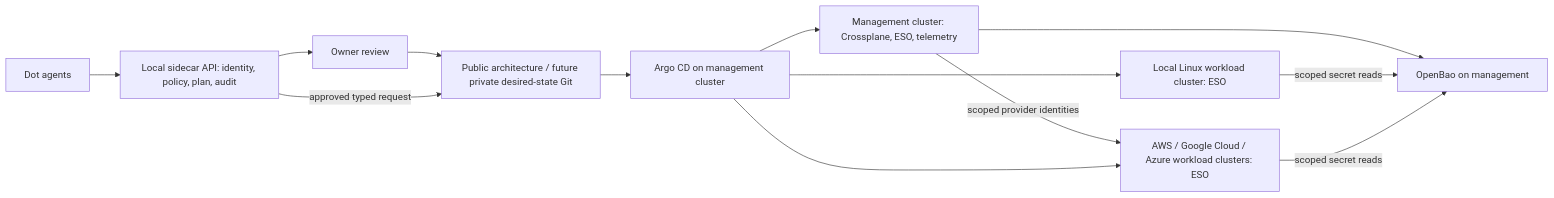
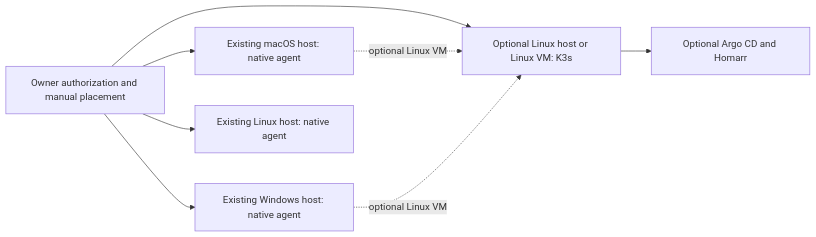
The diagram in README.md (newdarwindev/dots-local-sidecar-cloud-infrastructure), drawn with Mermaid before and after one commit. The commit also changed other lines of this file and 3 other files, not shown here.

````diff
--- a/README.md
+++ b/README.md
@@ -22,15 +21,10 @@
 ```mermaid
 flowchart LR
-  O[Owner review] --> G[Public architecture / future private desired-state Git]
-  A[Dot agents] --> S[Local sidecar API: identity, policy, plan, audit]
-  S --> O
-  G --> AC[Argo CD on management cluster]
-  AC --> M[Management cluster: Crossplane, ESO, telemetry]
-  AC --> W[Local Linux workload cluster: ESO]
-  M --> B
-  M -->|scoped provider identities| C[AWS / Google Cloud / Azure workload clusters: ESO]
-  AC --> C
-  W -->|scoped secret reads| B[OpenBao on management]
-  C -->|scoped secret reads| B
-  S -->|approved typed request| G
+  H[Owner authorization and manual placement] --> M[Existing macOS host: native agent]
+  H --> W[Existing Windows host: native agent]
+  H --> L[Existing Linux host: native agent]
+  H --> K[Optional Linux host or Linux VM: K3s]
+  K --> A[Optional Argo CD and Homarr]
+  M -. optional Linux VM .-> K
+  W -. optional Linux VM .-> K
 ```
````
